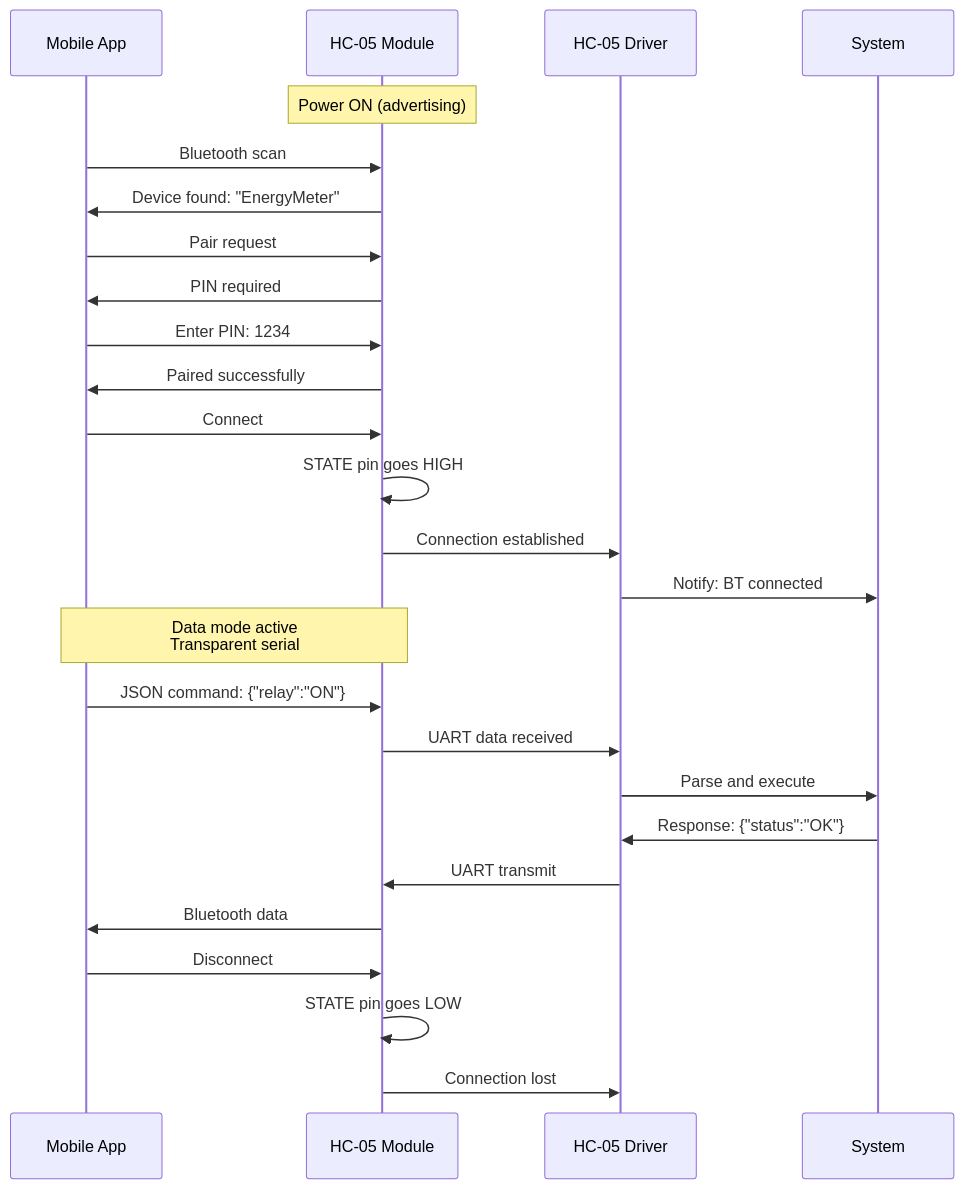
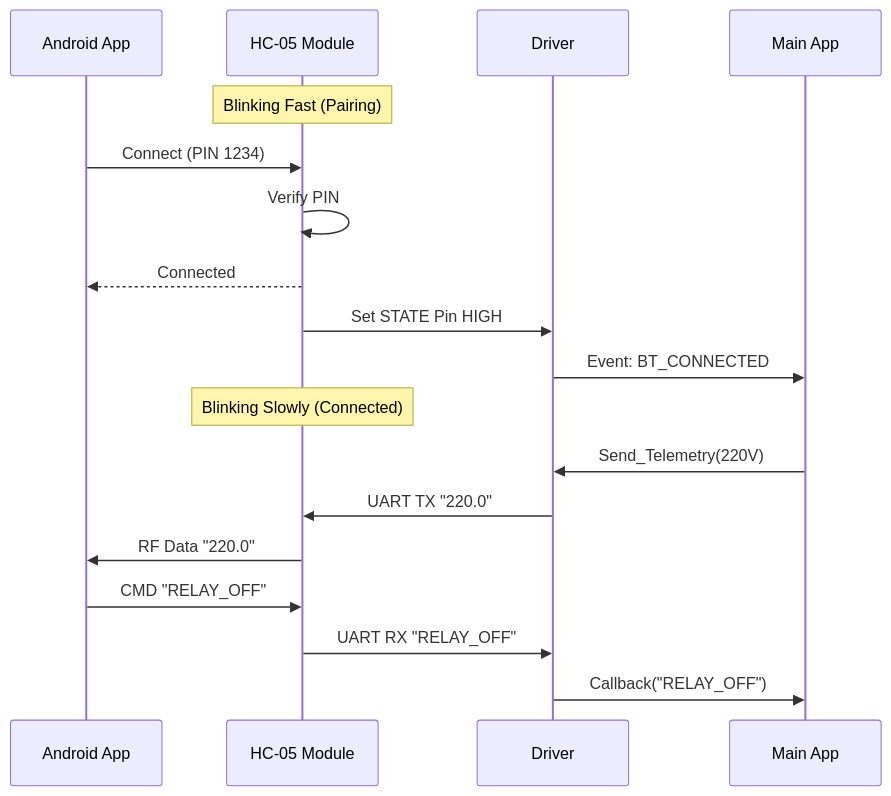
The third of 4 diagrams in Doc/Embedded/New/06_ImplementationDoc/Software_Layers/HAL_Layer/HC05_Bluetooth/HC05_Driver.md (Gestell-Solution/Smart_Energy_Management_System), drawn with Mermaid before and after one commit. The commit also changed other lines of this file and 30 other files, not shown here.

````diff
--- a/Doc/Embedded/New/06_ImplementationDoc/Software_Layers/HAL_Layer/HC05_Bluetooth/HC05_Driver.md
+++ b/Doc/Embedded/New/06_ImplementationDoc/Software_Layers/HAL_Layer/HC05_Bluetooth/HC05_Driver.md
@@ -94,37 +203,26 @@
 ```mermaid
 sequenceDiagram
-    participant APP as Mobile App
+    participant MOBILE as Android App
     participant HC05 as HC-05 Module
-    participant DRV as HC-05 Driver
-    participant SYS as System
+    participant DRV as Driver
+    participant APP as Main App
 
-    Note over HC05: Power ON (advertising)
+    Note over HC05: Blinking Fast (Pairing)
 
-    APP->>HC05: Bluetooth scan
-    HC05->>APP: Device found: "EnergyMeter"
+    MOBILE->>HC05: Connect (PIN 1234)
+    HC05->>HC05: Verify PIN
+    HC05-->>MOBILE: Connected
 
-    APP->>HC05: Pair request
-    HC05->>APP: PIN required
-    APP->>HC05: Enter PIN: 1234
-    HC05->>APP: Paired successfully
+    HC05->>DRV: Set STATE Pin HIGH
+    DRV->>APP: Event: BT_CONNECTED
 
-    APP->>HC05: Connect
-    HC05->>HC05: STATE pin goes HIGH
+    Note over HC05: Blinking Slowly (Connected)
 
-    HC05->>DRV: Connection established
-    DRV->>SYS: Notify: BT connected
+    APP->>DRV: Send_Telemetry(220V)
+    DRV->>HC05: UART TX "220.0"
+    HC05->>MOBILE: RF Data "220.0"
 
-    Note over HC05,APP: Data mode active<br/>Transparent serial
-
-    APP->>HC05: JSON command: {"relay":"ON"}
-    HC05->>DRV: UART data received
-    DRV->>SYS: Parse and execute
-
-    SYS->>DRV: Response: {"status":"OK"}
-    DRV->>HC05: UART transmit
-    HC05->>APP: Bluetooth data
-
-    APP->>HC05: Disconnect
-    HC05->>HC05: STATE pin goes LOW
-    HC05->>DRV: Connection lost
+    MOBILE->>HC05: CMD "RELAY_OFF"
+    HC05->>DRV: UART RX "RELAY_OFF"
+    DRV->>APP: Callback("RELAY_OFF")
 ```
````
